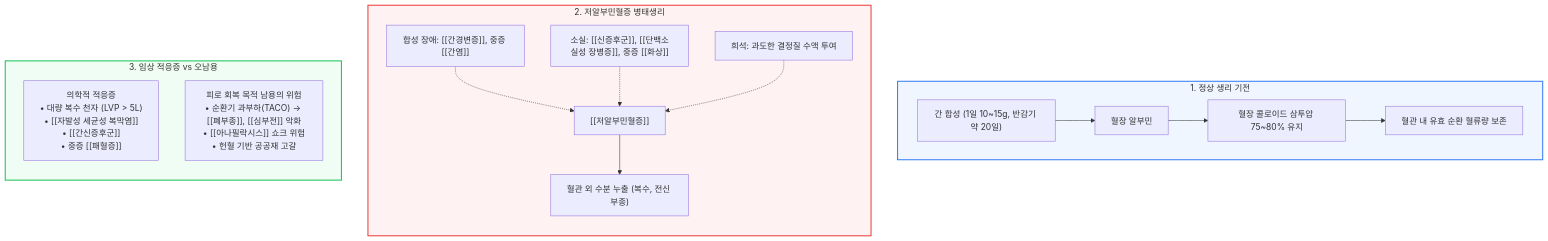
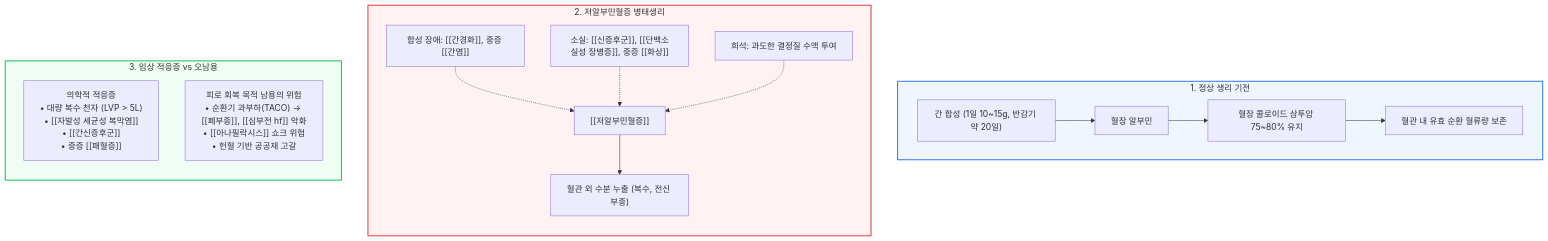
The diagram in content/강의록/양방 약물 및 임상약리/알부민 기전과 임상.md (simbio11/simbio-digital-garden2), drawn with Mermaid before and after one commit. The commit also changed other lines of this file and 442 other files, not shown here.

````diff
--- a/content/강의록/양방 약물 및 임상약리/알부민 기전과 임상.md
+++ b/content/강의록/양방 약물 및 임상약리/알부민 기전과 임상.md
@@ -17,43 +17,43 @@
 ```mermaid
 flowchart TD
 
     subgraph Physiology["1. 정상 생리 기전"]
 
         Liver["간 합성 (1일 10~15g, 반감기 약 20일)"] --> Alb["혈장 알부민"]
 
         Alb --> COP["혈장 콜로이드 삼투압 75~80% 유지"]
 
         COP --> Vol["혈관 내 유효 순환 혈류량 보존"]
 
     end
 
     subgraph Pathology["2. 저알부민혈증 병태생리"]
 
         direction TB
 
-        Cause1["합성 장애: [[간경변증]], 중증 [[간염]]"] -.-> Hypo["[[저알부민혈증]]"]
+        Cause1["합성 장애: [[간경화]], 중증 [[간염]]"] -.-> Hypo["[[저알부민혈증]]"]
 
         Cause2["소실: [[신증후군]], [[단백소실성 장병증]], 중증 [[화상]]"] -.-> Hypo
 
         Cause3["희석: 과도한 결정질 수액 투여"] -.-> Hypo
 
         Hypo --> Leak["혈관 외 수분 누출 (복수, 전신 부종)"]
 
     end
 
     subgraph Indications["3. 임상 적응증 vs 오남용"]
 
         direction TB
 
         Good["의학적 적응증<br/>• 대량 복수 천자 (LVP > 5L)<br/>• [[자발성 세균성 복막염]]<br/>• [[간신증후군]]<br/>• 중증 [[패혈증]]"]
 
-        Bad["피로 회복 목적 남용의 위험<br/>• 순환기 과부하(TACO) → [[폐부종]], [[심부전]] 악화<br/>• [[아나필락시스]] 쇼크 위험<br/>• 헌혈 기반 공공재 고갈"]
+        Bad["피로 회복 목적 남용의 위험<br/>• 순환기 과부하(TACO) → [[폐부종]], [[심부전 hf]] 악화<br/>• [[아나필락시스]] 쇼크 위험<br/>• 헌혈 기반 공공재 고갈"]
 
     end
 
     style Physiology fill:#eff6ff,stroke:#3b82f6,stroke-width:2px
 
     style Pathology fill:#fef2f2,stroke:#ef4444,stroke-width:2px
 
     style Indications fill:#f0fdf4,stroke:#22c55e,stroke-width:2px
 ```
````
